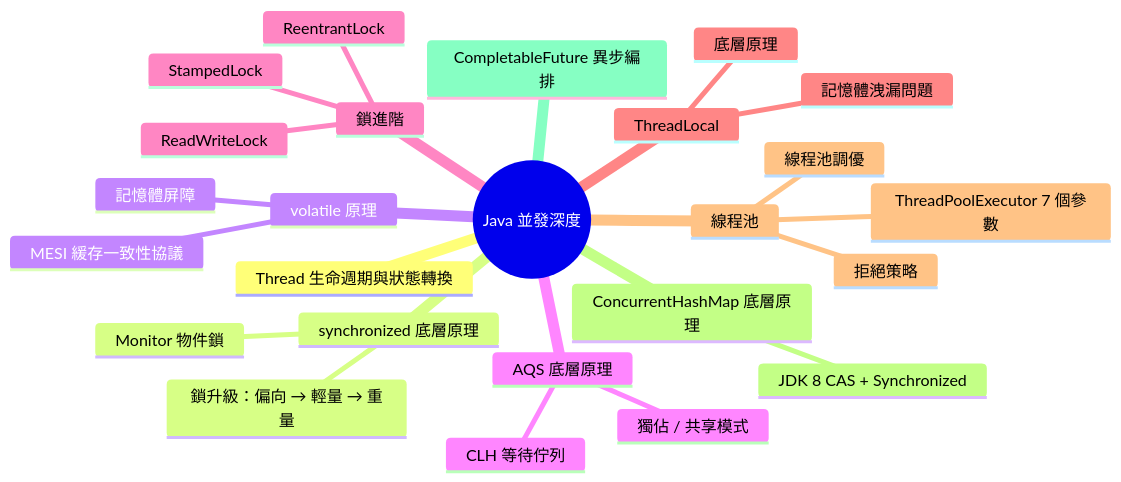
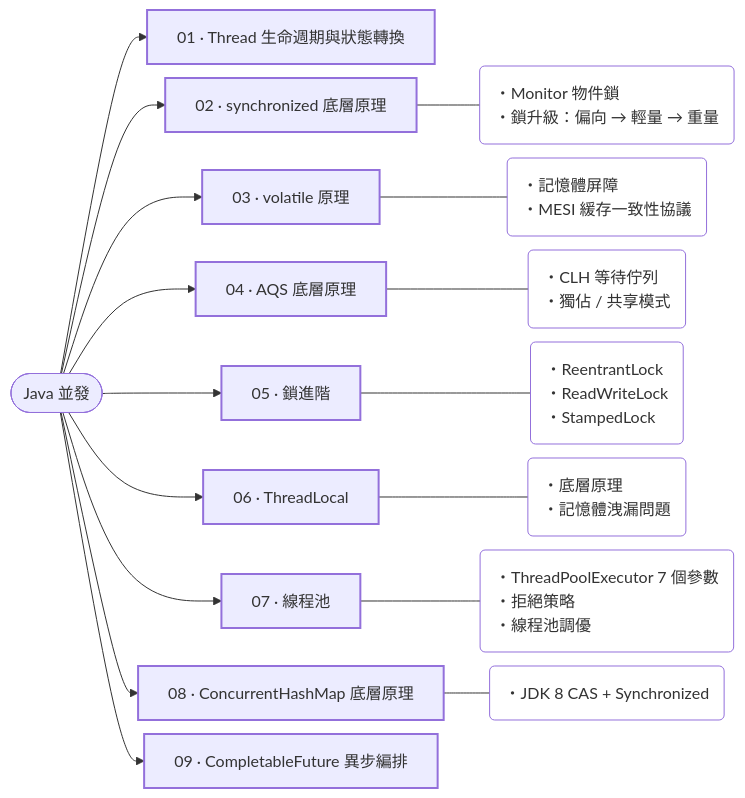
The diagram in docs/java/concurrency/index.md (AnthonyFuFu/StudyNotes), drawn with Mermaid before and after one commit. The commit also changed 43 other files, not shown here.

````diff
--- a/docs/java/concurrency/index.md
+++ b/docs/java/concurrency/index.md
@@ -13,28 +13,41 @@
 ``` mermaid
-mindmap
-  root((Java 並發深度))
-    Thread 生命週期與狀態轉換
-    synchronized 底層原理
-      Monitor 物件鎖
-      鎖升級：偏向 → 輕量 → 重量
-    volatile 原理
-      記憶體屏障
-      MESI 緩存一致性協議
-    AQS 底層原理
-      CLH 等待佇列
-      獨佔 / 共享模式
-    鎖進階
-      ReentrantLock
-      ReadWriteLock
-      StampedLock
-    ThreadLocal
-      底層原理
-      記憶體洩漏問題
-    線程池
-      ThreadPoolExecutor 7 個參數
-      拒絕策略
-      線程池調優
-    ConcurrentHashMap 底層原理
-      JDK 8 CAS + Synchronized
-    CompletableFuture 異步編排
+%%{init: {"flowchart": {"nodeSpacing": 14, "rankSpacing": 36, "wrappingWidth": 420}}}%%
+flowchart LR
+    R(["Java 並發"])
+    c0["01 · Thread 生命週期與狀態轉換"]
+    R --> c0
+    c1["02 · synchronized 底層原理"]
+    R --> c1
+    p1("・Monitor 物件鎖<br>・鎖升級：偏向 → 輕量 → 重量")
+    c1 --- p1
+    c2["03 · volatile 原理"]
+    R --> c2
+    p2("・記憶體屏障<br>・MESI 緩存一致性協議")
+    c2 --- p2
+    c3["04 · AQS 底層原理"]
+    R --> c3
+    p3("・CLH 等待佇列<br>・獨佔 / 共享模式")
+    c3 --- p3
+    c4["05 · 鎖進階"]
+    R --> c4
+    p4("・ReentrantLock<br>・ReadWriteLock<br>・StampedLock")
+    c4 --- p4
+    c5["06 · ThreadLocal"]
+    R --> c5
+    p5("・底層原理<br>・記憶體洩漏問題")
+    c5 --- p5
+    c6["07 · 線程池"]
+    R --> c6
+    p6("・ThreadPoolExecutor 7 個參數<br>・拒絕策略<br>・線程池調優")
+    c6 --- p6
+    c7["08 · ConcurrentHashMap 底層原理"]
+    R --> c7
+    p7("・JDK 8 CAS + Synchronized")
+    c7 --- p7
+    c8["09 · CompletableFuture 異步編排"]
+    R --> c8
+    classDef chapter stroke-width:2px
+    classDef points fill:transparent,text-align:left
+    class c0,c1,c2,c3,c4,c5,c6,c7,c8 chapter
+    class p1,p2,p3,p4,p5,p6,p7 points
 ```
````
